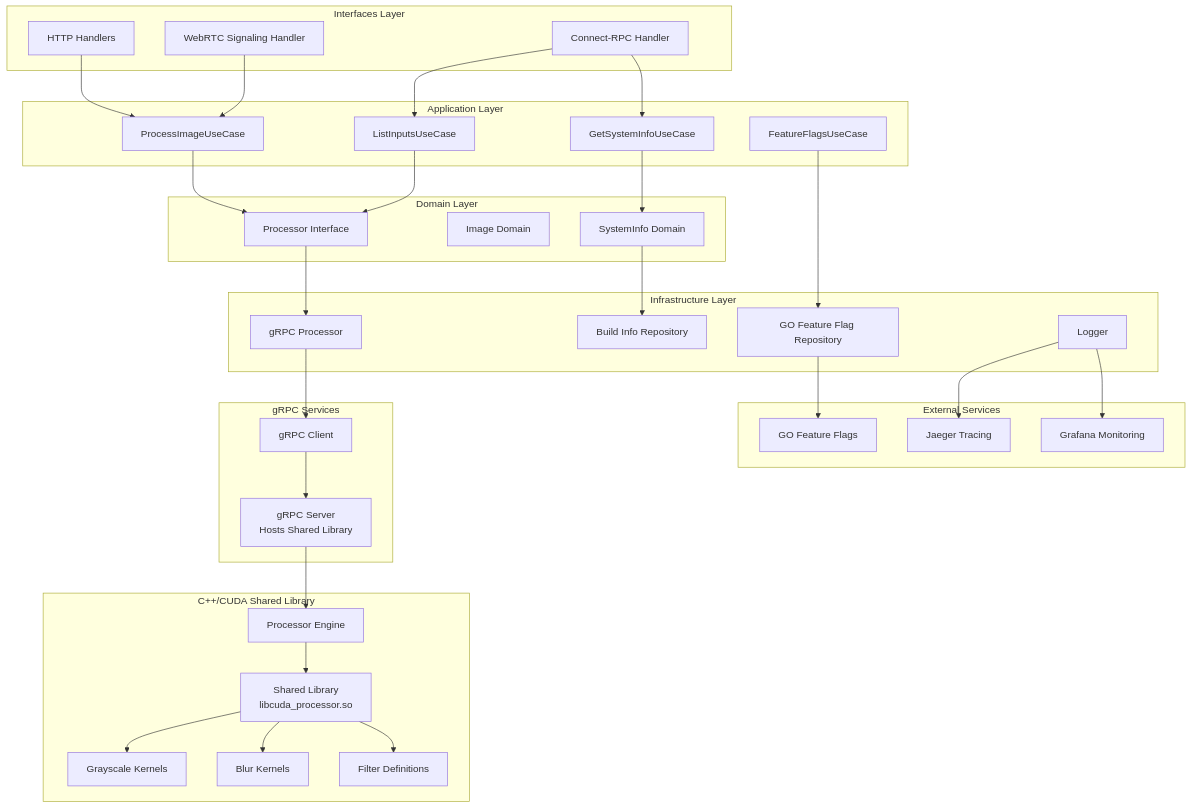
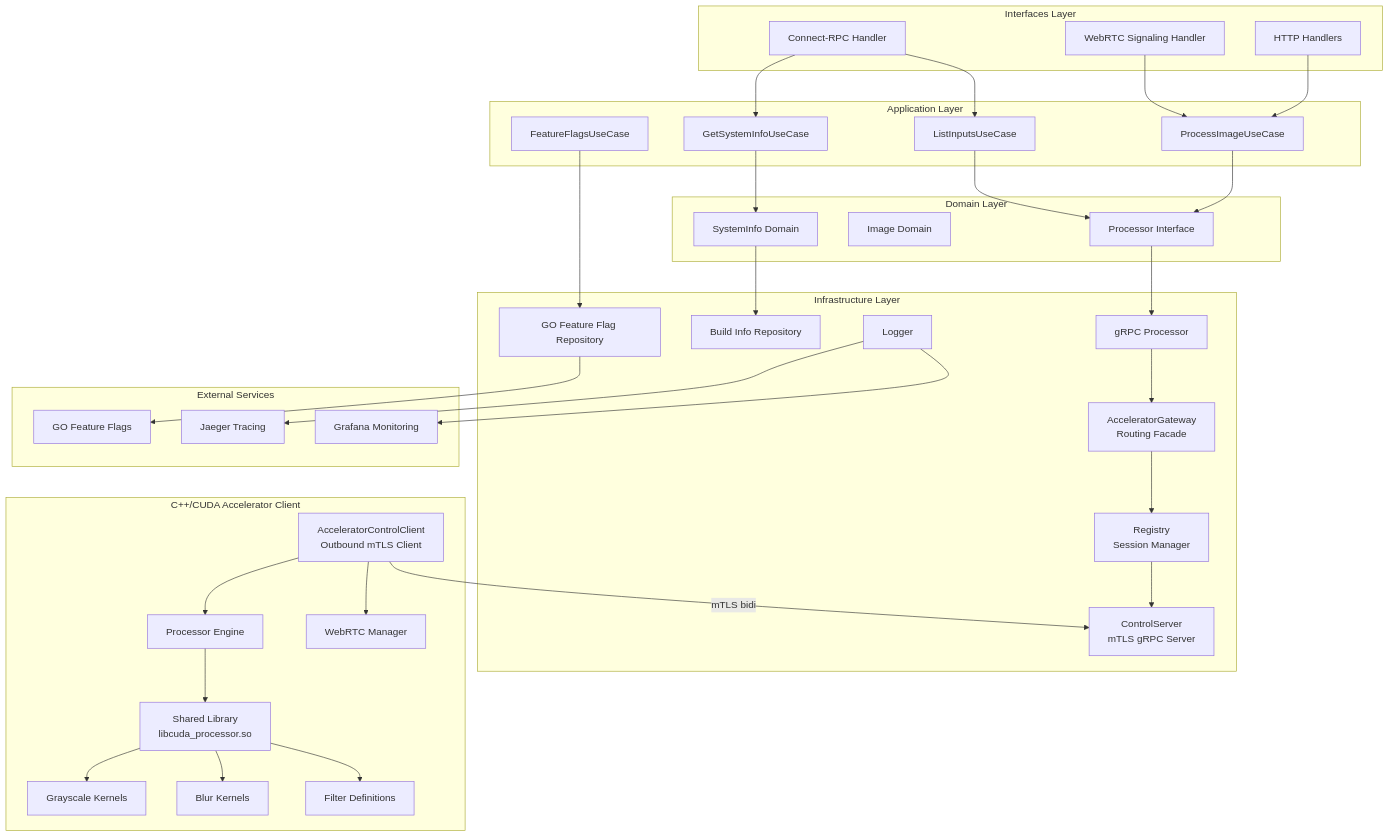
The second of 2 diagrams in README.md (josnelihurt/learning-cuda), drawn with Mermaid before and after one commit. The commit also changed other lines of this file and 2 other files, not shown here.

Commit message:
docs: documentation update for the new communication schema

````diff
--- a/README.md
+++ b/README.md
@@ -100,72 +107,76 @@
 ```mermaid
 graph TB
     subgraph "Interfaces Layer"
         HTTP[HTTP Handlers]
         WebRTC_Handler[WebRTC Signaling Handler]
         ConnectRPC_Handler[Connect-RPC Handler]
     end
     
     subgraph "Application Layer"
         ProcessImage[ProcessImageUseCase]
         ListInputs[ListInputsUseCase]
         GetSystemInfo[GetSystemInfoUseCase]
         FeatureFlags[FeatureFlagsUseCase]
     end
     
     subgraph "Domain Layer"
         Processor[Processor Interface]
         Image[Image Domain]
         SystemInfo[SystemInfo Domain]
     end
     
     subgraph "Infrastructure Layer"
         GRPCProcessor[gRPC Processor]
+        AcceleratorGateway[AcceleratorGateway<br/>Routing Facade]
+        ControlServer[ControlServer<br/>mTLS gRPC Server]
+        Registry[Registry<br/>Session Manager]
         BuildInfo[Build Info Repository]
         GoFeatureFlagRepository[GO Feature Flag Repository]
         Logger[Logger]
     end
 
-    subgraph "C++/CUDA Shared Library"
+    subgraph "C++/CUDA Accelerator Client"
+        AccelClient[AcceleratorControlClient<br/>Outbound mTLS Client]
+        ProcessorEngine[Processor Engine]
         SharedLibrary[Shared Library<br/>libcuda_processor.so]
-        ProcessorEngine[Processor Engine]
         GrayscaleKernel[Grayscale Kernels]
         BlurKernel[Blur Kernels]
         FilterDefs[Filter Definitions]
-    end
-
-    subgraph "gRPC Services"
-        GRPCServerService[gRPC Server<br/>Hosts Shared Library]
-        GRPCClientService[gRPC Client]
+        WebRTCManager[WebRTC Manager]
     end
 
     subgraph "External Services"
         GOFeatureFlags[GO Feature Flags]
         Jaeger[Jaeger Tracing]
         Grafana[Grafana Monitoring]
     end
 
     HTTP --> ProcessImage
     WebRTC_Handler --> ProcessImage
     ConnectRPC_Handler --> ListInputs
     ConnectRPC_Handler --> GetSystemInfo
 
     ProcessImage --> Processor
     ListInputs --> Processor
     GetSystemInfo --> SystemInfo
 
     Processor --> GRPCProcessor
     SystemInfo --> BuildInfo
     FeatureFlags --> GoFeatureFlagRepository
 
-    GRPCProcessor --> GRPCClientService
-    GRPCClientService --> GRPCServerService
-    GRPCServerService --> ProcessorEngine
+    GRPCProcessor --> AcceleratorGateway
+    AcceleratorGateway --> Registry
+    Registry --> ControlServer
+    
+    AccelClient -->|mTLS bidi| ControlServer
+    AccelClient --> ProcessorEngine
+    AccelClient --> WebRTCManager
     ProcessorEngine --> SharedLibrary
     SharedLibrary --> GrayscaleKernel
     SharedLibrary --> BlurKernel
     SharedLibrary --> FilterDefs
 
     GoFeatureFlagRepository --> GOFeatureFlags
     Logger --> Jaeger
     Logger --> Grafana
 ```
````
